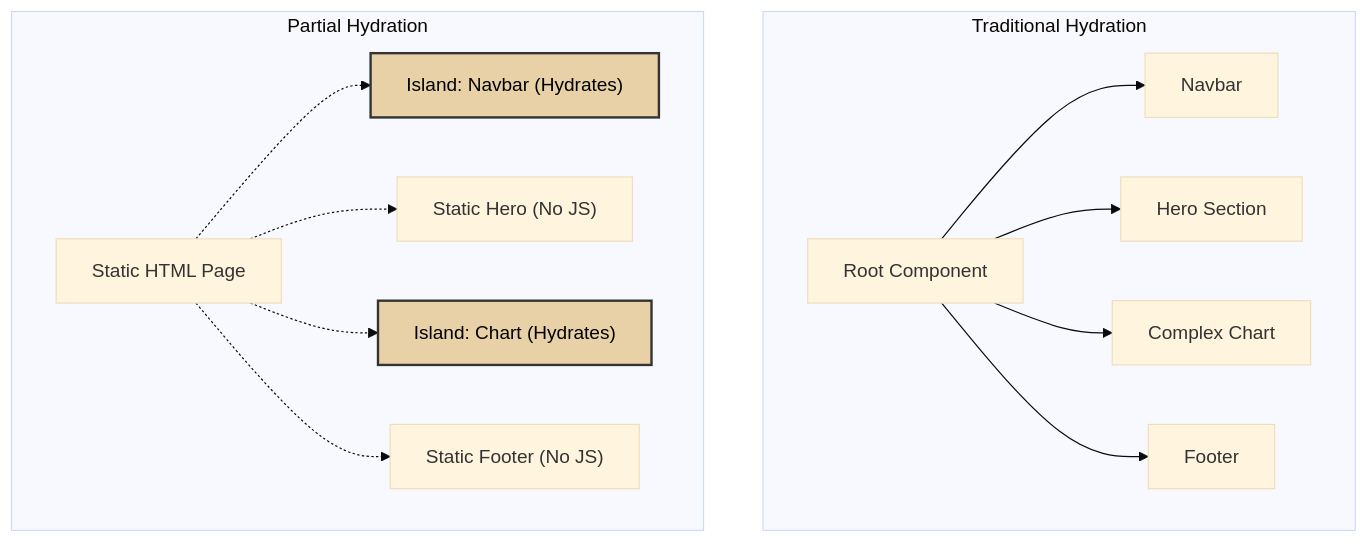
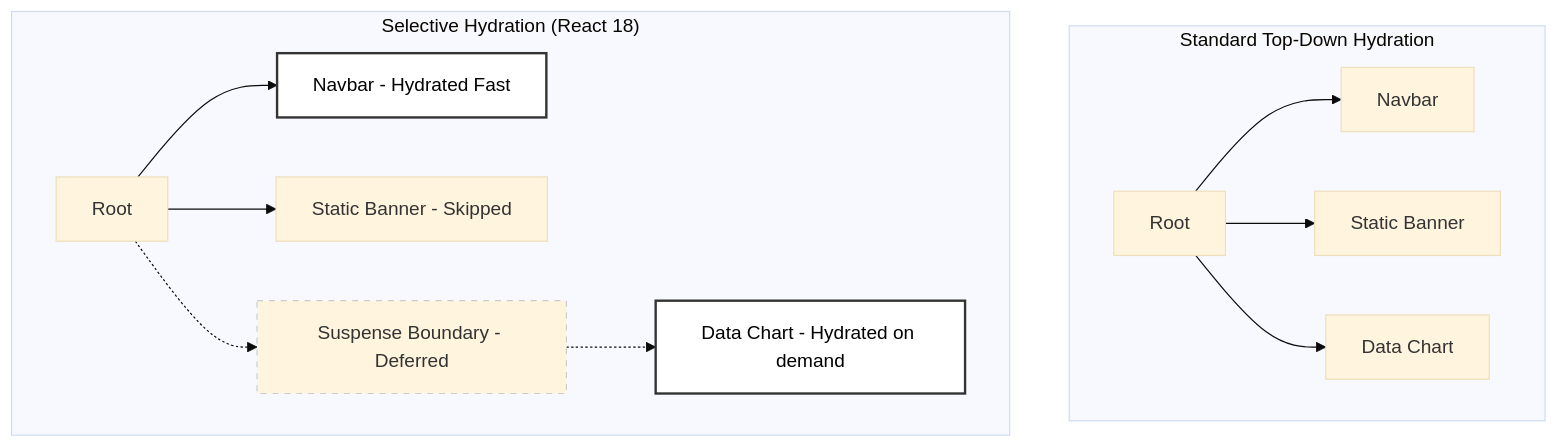
Before and after one commit to prakharp18/fdsheet: the diagram in docs/frontend/partial-hydration.md, drawn with Mermaid (base theme). The commit also changed other lines of this file and 9 other files, not shown here.

````diff
--- a/docs/frontend/partial-hydration.md
+++ b/docs/frontend/partial-hydration.md
@@ -24,20 +23,19 @@
 ```mermaid
 graph TD
-    subgraph "Traditional Hydration"
-        A[Root Component] --> B[Navbar]
-        A --> C[Hero Section]
-        A --> D[Complex Chart]
-        A --> E[Footer]
+    subgraph "Standard Top-Down Hydration"
+        A[Root] --> B[Navbar]
+        A --> C[Static Banner]
+        A --> D[Data Chart]
     end
 
-    subgraph "Partial Hydration"
-        F[Static HTML Page]
-        F -.-> G["Island: Navbar (Hydrates)"]
-        F -.-> H["Static Hero (No JS)"]
-        F -.-> I["Island: Chart (Hydrates)"]
-        F -.-> J["Static Footer (No JS)"]
+    subgraph "Selective Hydration (React 18)"
+        R[Root] --> N[Navbar - Hydrated Fast]
+        R --> S[Static Banner - Skipped]
+        R -.-> Susp[Suspense Boundary - Deferred]
+        Susp -.-> DC[Data Chart - Hydrated on demand]
     end
     
-    style G fill:#E8D1A7,stroke:#333,stroke-width:2px,color:#000
-    style I fill:#E8D1A7,stroke:#333,stroke-width:2px,color:#000
+    style N fill:#FFFFFF,stroke:#333,stroke-width:2px,color:#000
+    style DC fill:#FFFFFF,stroke:#333,stroke-width:2px,color:#000
+    style Susp stroke-dasharray: 5 5,stroke:#CCC
 ```
````
